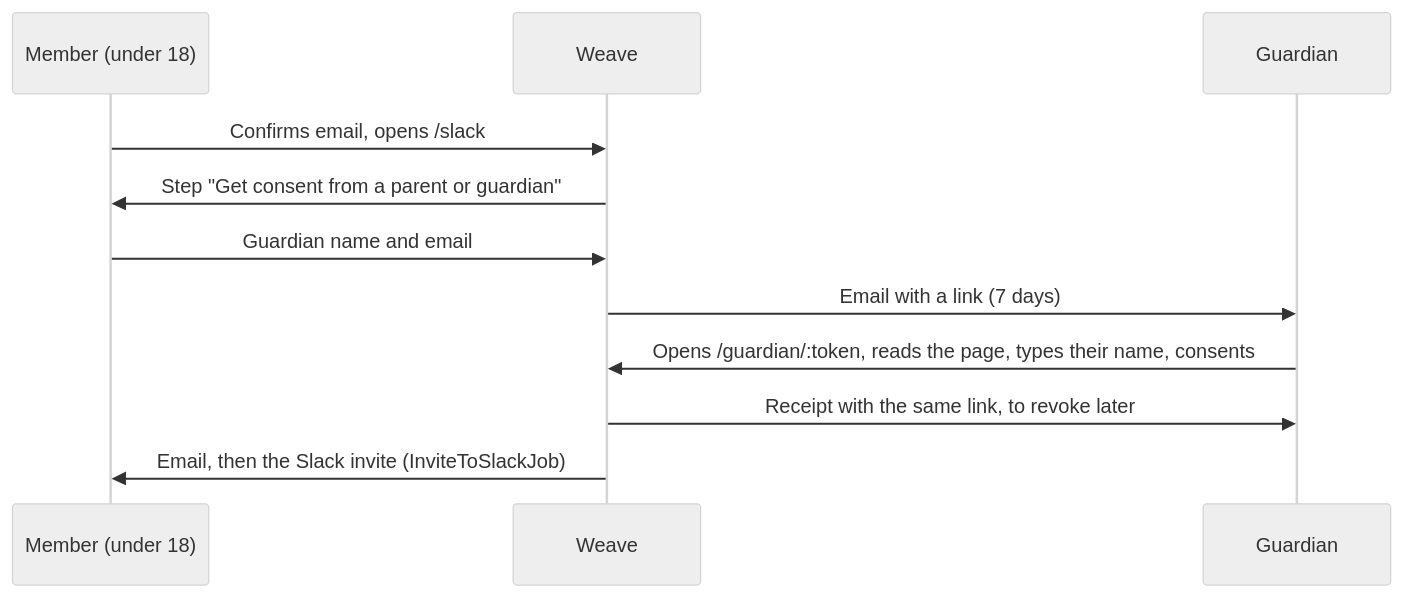
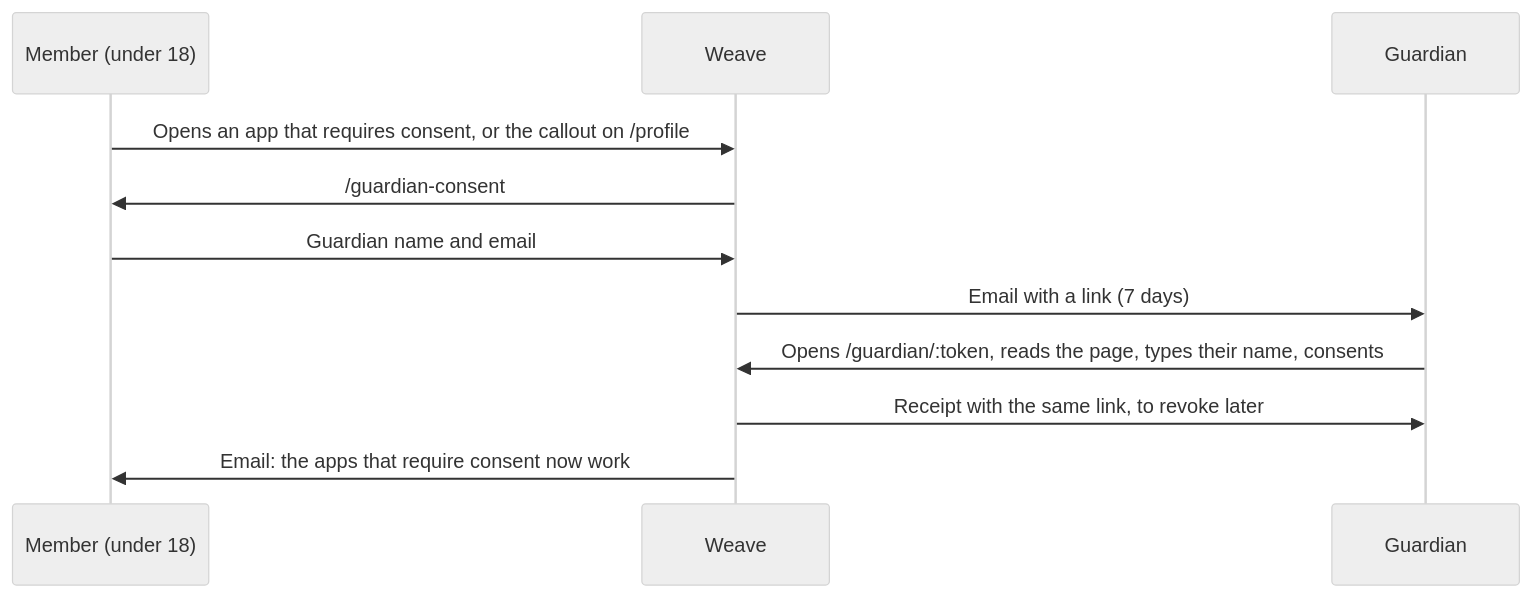
The diagram in docs/GUARDIAN_CONSENT.md (patchworklabsorg/weave), drawn with Mermaid (neutral theme) before and after one commit. The commit also changed other lines of this file and 31 other files, not shown here.

Commit message:
fix: stop gating the slack on guardian consent (#264)

````diff
--- a/docs/GUARDIAN_CONSENT.md
+++ b/docs/GUARDIAN_CONSENT.md
@@ -17,13 +17,13 @@
 ```mermaid
 sequenceDiagram
   participant M as Member (under 18)
   participant W as Weave
   participant G as Guardian
-  M->>W: Confirms email, opens /slack
-  W->>M: Step "Get consent from a parent or guardian"
+  M->>W: Opens an app that requires consent, or the callout on /profile
+  W->>M: /guardian-consent
   M->>W: Guardian name and email
   W->>G: Email with a link (7 days)
   G->>W: Opens /guardian/:token, reads the page, types their name, consents
   W->>G: Receipt with the same link, to revoke later
-  W->>M: Email, then the Slack invite (InviteToSlackJob)
+  W->>M: Email: the apps that require consent now work
 ```
````
